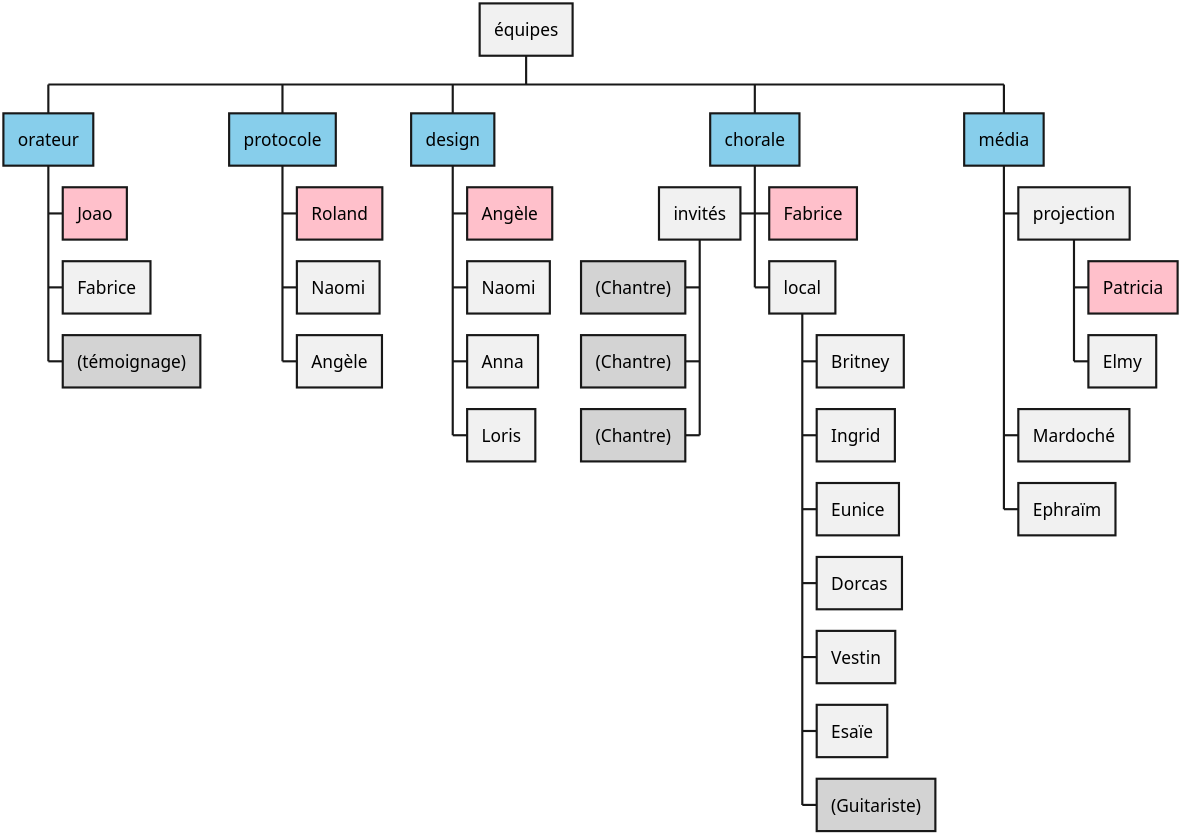
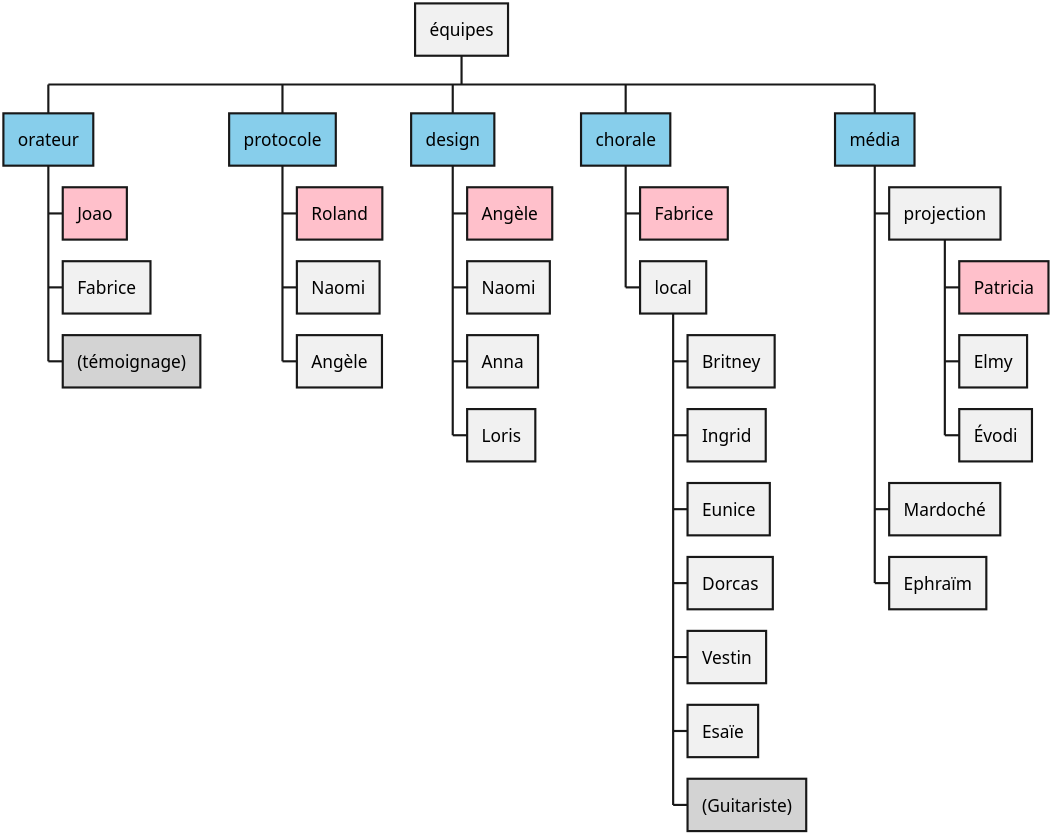
Before and after one commit to fabriceHategekimana/jmep: the diagram in images/diagram/équipes.puml, drawn with PlantUML. The commit also changed 1 other file, not shown here.

```diff
--- a/images/diagram/équipes.puml
+++ b/images/diagram/équipes.puml
@@ -1,39 +1,36 @@
 @startwbs
 scale 10
 
 * équipes
 **[#Skyblue] orateur
 ***[#pink] Joao
 *** Fabrice
 ***[#lightgrey] (témoignage)
 **[#Skyblue] protocole
 ***[#pink] Roland
 *** Naomi
 *** Angèle
 **[#Skyblue] design
 ***[#pink] Angèle
 *** Naomi
 *** Anna
 *** Loris
 **[#Skyblue] chorale
 ***[#pink] Fabrice
-**- invités
-***-[#lightgrey] (Chantre)
-***-[#lightgrey] (Chantre)
-***-[#lightgrey] (Chantre)
 *** local
 **** Britney
 **** Ingrid
 **** Eunice
 **** Dorcas
 **** Vestin
 **** Esaïe
 ****[#lightgrey] (Guitariste)
 **[#Skyblue] média
 *** projection
 ****[#pink] Patricia
 **** Elmy
+**** Évodi
 *** Mardoché
 *** Ephraïm
 
 @endwbs
```
